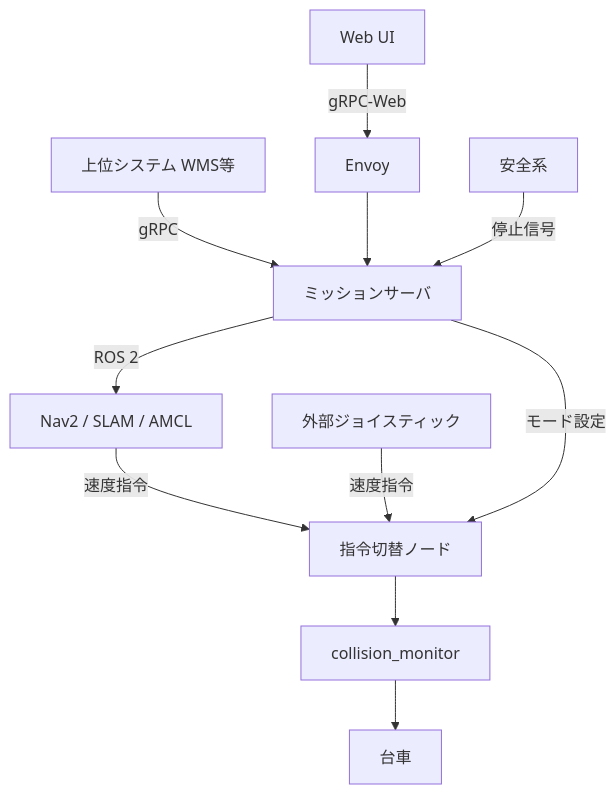
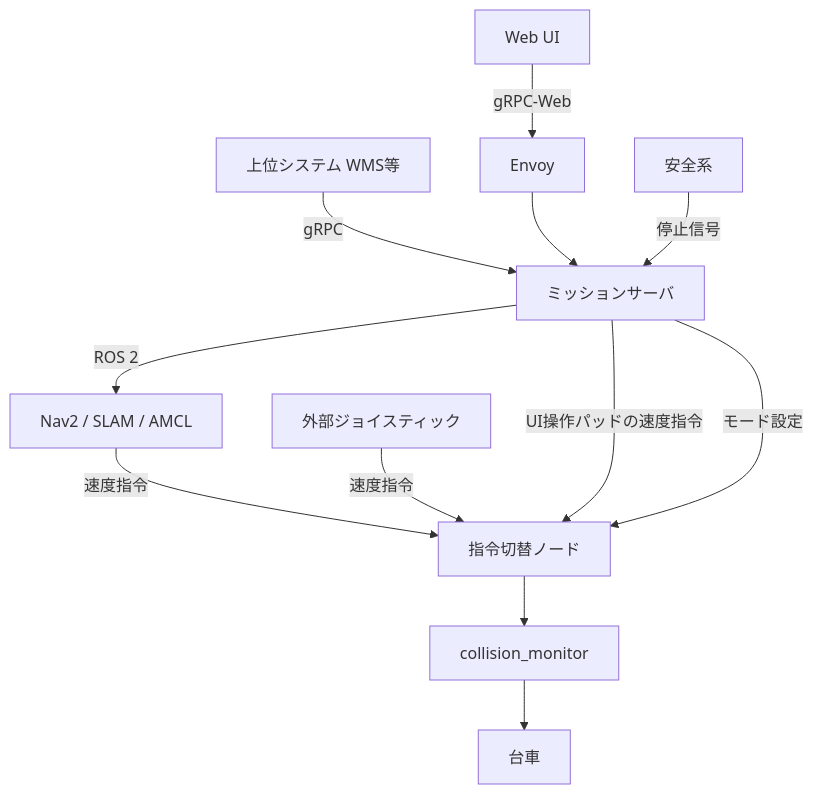
The first of 2 diagrams in doc/locomotion_spec.md (HiroshiKumagai/navigation_ws), drawn with Mermaid before and after one commit. The commit also changed other lines of this file and 9 other files, not shown here.

````diff
--- a/doc/locomotion_spec.md
+++ b/doc/locomotion_spec.md
@@ -26,12 +26,13 @@
 ```mermaid
 flowchart TD
   UI[Web UI] -->|gRPC-Web| ENV[Envoy]
   UP[上位システム WMS等] -->|gRPC| MS
   ENV --> MS[ミッションサーバ]
   MS -->|ROS 2| NAV[Nav2 / SLAM / AMCL]
   NAV -->|速度指令| SW[指令切替ノード]
   JOY[外部ジョイスティック] -->|速度指令| SW
+  MS -->|UI操作パッドの速度指令| SW
   MS -->|モード設定| SW
   SW --> CM[collision_monitor] --> BASE[台車]
   SAFE[安全系] -->|停止信号| MS
 ```
````
